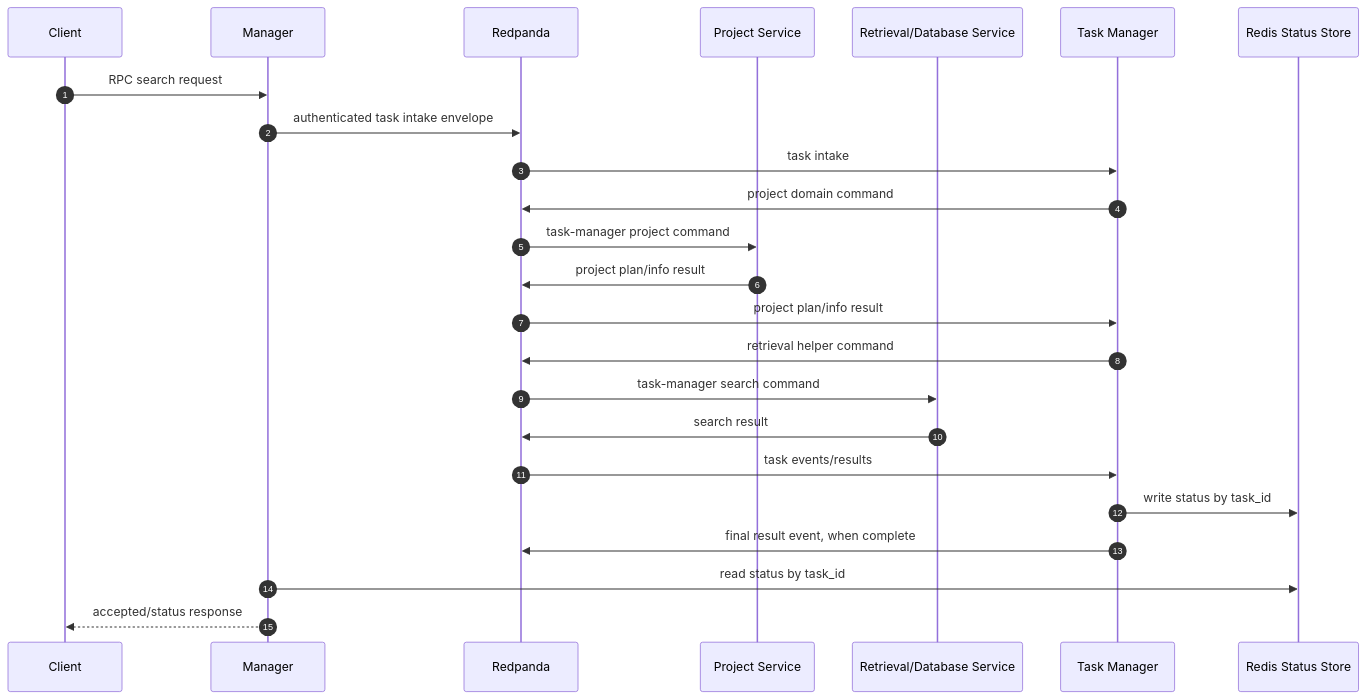
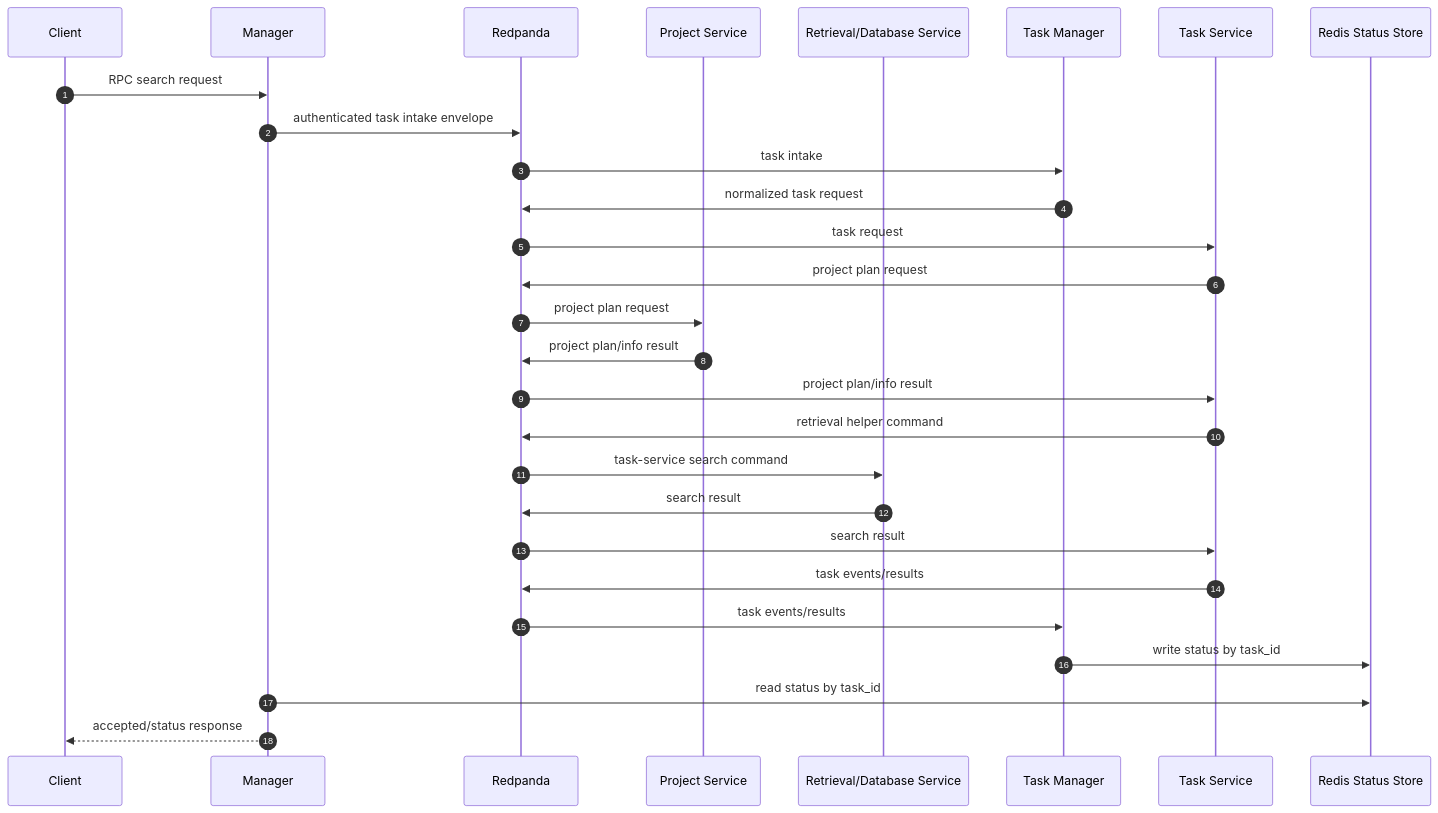
One commit to bruuuuuceliu/qdrant_rag_server changed the third of 4 diagrams in README.md. Above: the diagram before and after it, drawn with Mermaid. The commit also changed other lines of this file and 324 other files, not shown here.

````diff
--- a/README.md
+++ b/README.md
@@ -117,27 +122,31 @@
 ```mermaid
 sequenceDiagram
     autonumber
     participant C as Client
     participant M as Manager
     participant B as Redpanda
     participant P as Project Service
     participant R as Retrieval/Database Service
     participant T as Task Manager
+    participant TS as Task Service
     participant Redis as Redis Status Store
 
     C->>M: RPC search request
     M->>B: authenticated task intake envelope
     B->>T: task intake
-    T->>B: project domain command
-    B->>P: task-manager project command
+    T->>B: normalized task request
+    B->>TS: task request
+    TS->>B: project plan request
+    B->>P: project plan request
     P->>B: project plan/info result
-    B->>T: project plan/info result
-    T->>B: retrieval helper command
-    B->>R: task-manager search command
+    B->>TS: project plan/info result
+    TS->>B: retrieval helper command
+    B->>R: task-service search command
     R->>B: search result
+    B->>TS: search result
+    TS->>B: task events/results
     B->>T: task events/results
     T->>Redis: write status by task_id
-    T->>B: final result event, when complete
     M->>Redis: read status by task_id
     M-->>C: accepted/status response
 ```
````
